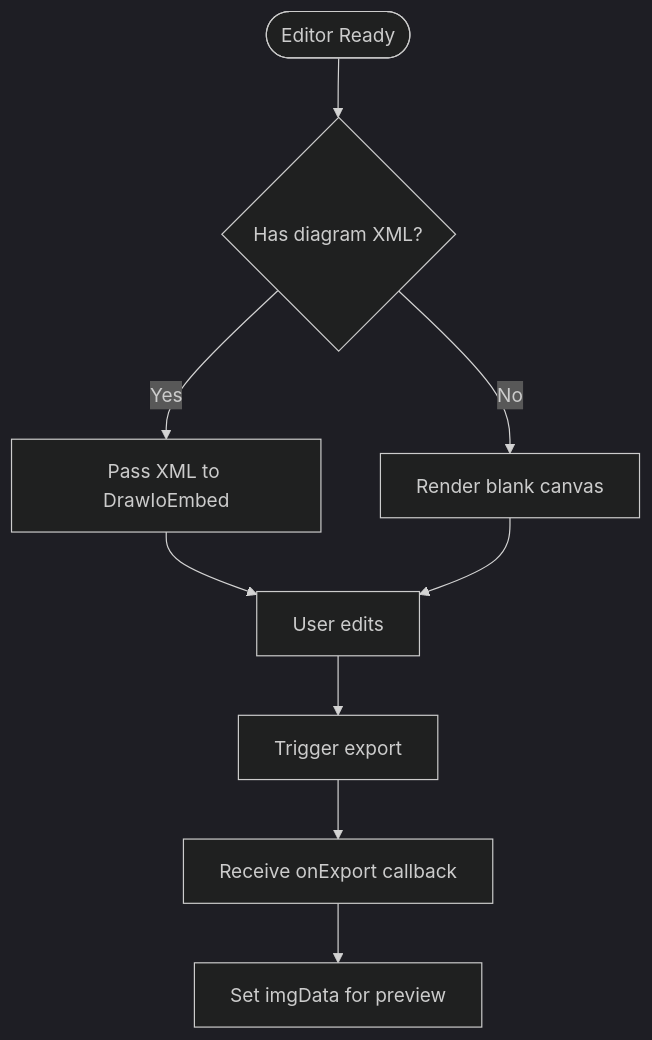
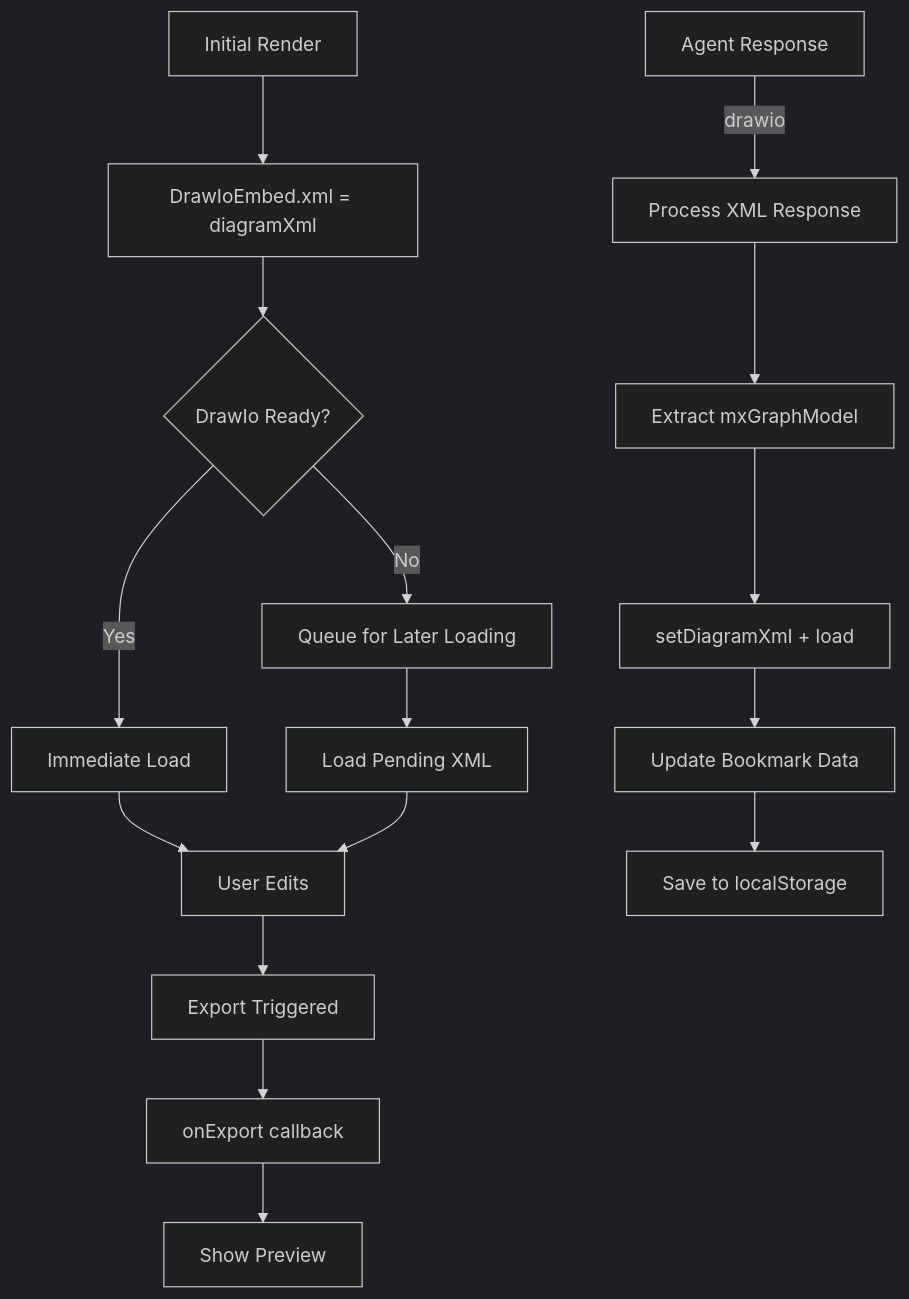
One commit to shrekboss/agent-draw-io-front changed the seventh of 15 diagrams in .qoder/repowiki/en/content/Diagram Editor.md. Above: the diagram before and after it, drawn with Mermaid (dark theme). The commit also changed other lines of this file and 13 other files, not shown here.

Commit message:
feat(agent-draw-io-front): 优化交互式画图

````diff
--- a/.qoder/repowiki/en/content/Diagram Editor.md
+++ b/.qoder/repowiki/en/content/Diagram Editor.md
@@ -141,11 +378,18 @@
 ```mermaid
 flowchart TD
-Start(["Editor Ready"]) --> HasXML{"Has diagram XML?"}
-HasXML --> |Yes| Prefill["Pass XML to DrawIoEmbed"]
-HasXML --> |No| Blank["Render blank canvas"]
-Prefill --> Edit["User edits"]
-Blank --> Edit
-Edit --> Export["Trigger export"]
-Export --> OnExport["Receive onExport callback"]
-OnExport --> UpdateState["Set imgData for preview"]
+Init["Initial Render"] --> XMLProp["DrawIoEmbed.xml = diagramXml"]
+XMLProp --> EditorReady{"DrawIo Ready?"}
+EditorReady --> |Yes| DirectLoad["Immediate Load"]
+EditorReady --> |No| QueueXML["Queue for Later Loading"]
+DirectLoad --> Edit["User Edits"]
+QueueXML --> PendingLoad["Load Pending XML"]
+PendingLoad --> Edit
+Edit --> Export["Export Triggered"]
+Export --> OnExport["onExport callback"]
+OnExport --> Preview["Show Preview"]
+AgentResp["Agent Response"] --> |drawio| ProcessXML["Process XML Response"]
+ProcessXML --> ExtractModel["Extract mxGraphModel"]
+ExtractModel --> UpdateState["setDiagramXml + load"]
+UpdateState --> UpdateBookmark["Update Bookmark Data"]
+UpdateBookmark --> SaveLocalStorage["Save to localStorage"]
 ```
````
